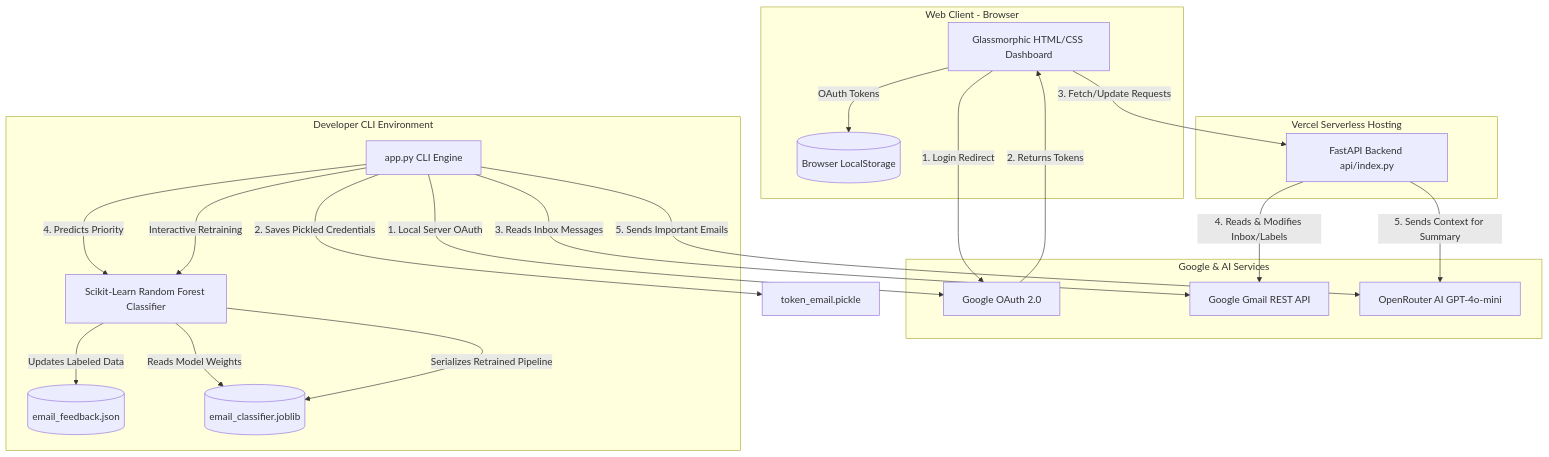
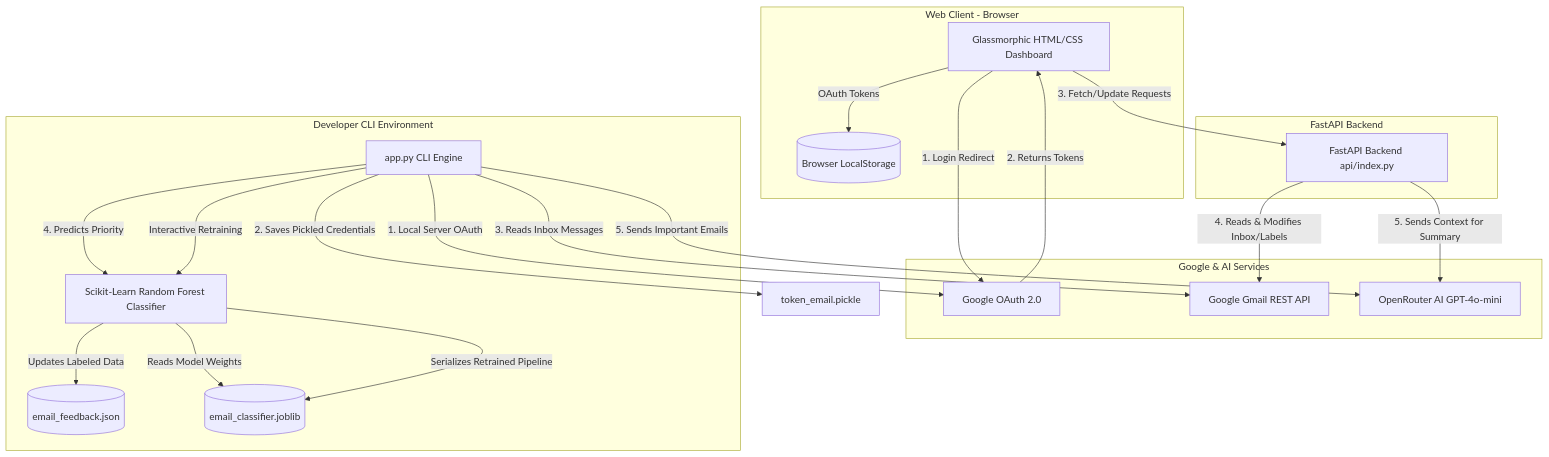
One commit to Raj-git07/E-mail-Summariser-and-Classifier changed the diagram in README.md. Above: the diagram before and after it, drawn with Mermaid. The commit also changed other lines of this file, not shown here.

````diff
--- a/README.md
+++ b/README.md
@@ -31,43 +27,43 @@
 ```mermaid
 flowchart TB
     subgraph Client-Side Web [Web Client - Browser]
         UI[Glassmorphic HTML/CSS Dashboard]
         LS[(Browser LocalStorage)]
         UI -- OAuth Tokens --> LS
     end
 
-    subgraph Production Cloud [Vercel Serverless Hosting]
+    subgraph Backend [FastAPI Backend]
         FastAPI[FastAPI Backend api/index.py]
     end
 
     subgraph External APIs [Google & AI Services]
         GoogleOAuth[Google OAuth 2.0]
         GmailAPI[Google Gmail REST API]
         OpenRouter[OpenRouter AI GPT-4o-mini]
     end
 
     subgraph Local Environment [Developer CLI Environment]
         CLI[app.py CLI Engine]
         ML[Scikit-Learn Random Forest Classifier]
         FeedbackFile[(email_feedback.json)]
         ModelFile[(email_classifier.joblib)]
     end
 
     %% Web App Flow
     UI -- 1. Login Redirect --> GoogleOAuth
     GoogleOAuth -- 2. Returns Tokens --> UI
     UI -- 3. Fetch/Update Requests --> FastAPI
     FastAPI -- 4. Reads & Modifies Inbox/Labels --> GmailAPI
     FastAPI -- 5. Sends Context for Summary --> OpenRouter
 
     %% Local CLI Flow
     CLI -- 1. Local Server OAuth --> GoogleOAuth
     CLI -- 2. Saves Pickled Credentials --> CredentialsPickle[token_email.pickle]
     CLI -- 3. Reads Inbox Messages --> GmailAPI
     CLI -- 4. Predicts Priority --> ML
     ML -- Reads Model Weights --> ModelFile
     CLI -- Interactive Retraining --> ML
     ML -- Updates Labeled Data --> FeedbackFile
     ML -- Serializes Retrained Pipeline --> ModelFile
     CLI -- 5. Sends Important Emails --> OpenRouter
 ```
````
